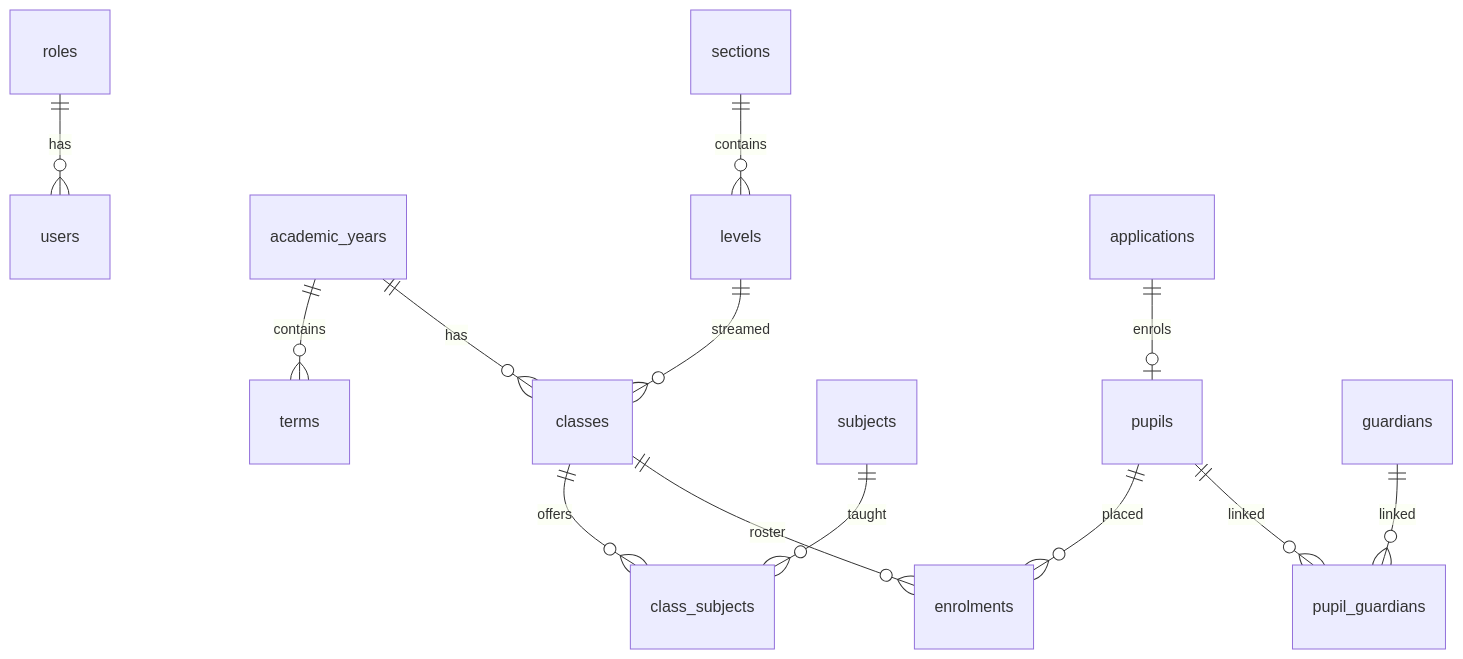
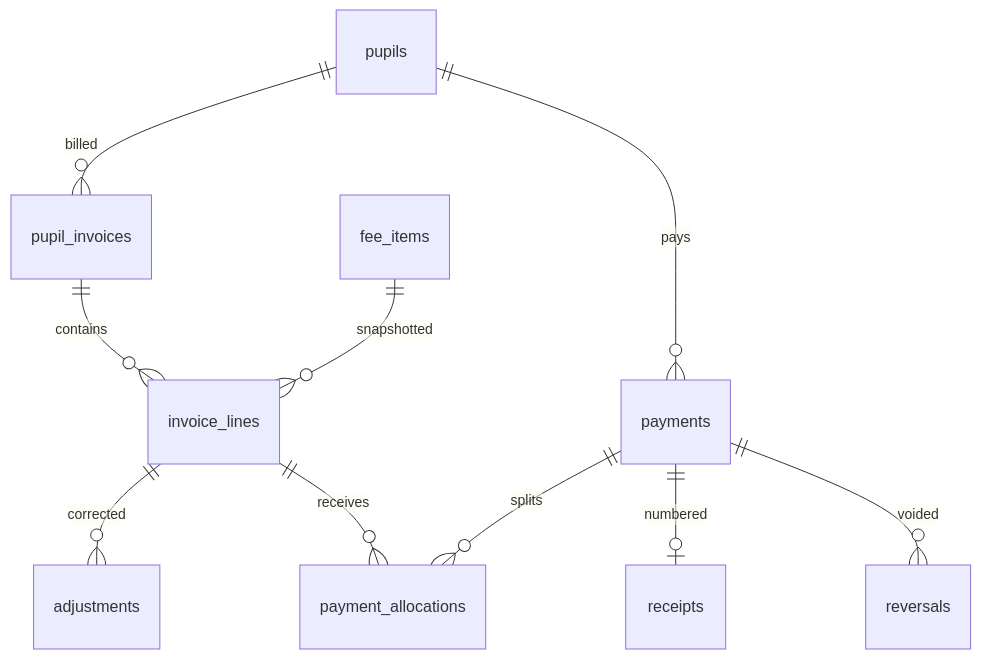
The diagram in docs/DATA_MODEL.md (arrey-johnson/school-management-system), drawn with Mermaid before and after one commit. The commit also changed other lines of this file and 23 other files, not shown here.

Commit message:
feat: add fee ledgers, payments, receipts, and maker-checker reversals

````diff
--- a/docs/DATA_MODEL.md
+++ b/docs/DATA_MODEL.md
@@ -7,15 +5,12 @@
 ```mermaid
 erDiagram
-  roles ||--o{ users : has
-  academic_years ||--o{ terms : contains
-  academic_years ||--o{ classes : has
-  sections ||--o{ levels : contains
-  levels ||--o{ classes : streamed
-  classes ||--o{ class_subjects : offers
-  subjects ||--o{ class_subjects : taught
-  applications ||--o| pupils : enrols
-  pupils ||--o{ enrolments : placed
-  classes ||--o{ enrolments : roster
-  pupils ||--o{ pupil_guardians : linked
-  guardians ||--o{ pupil_guardians : linked
+  pupils ||--o{ pupil_invoices : billed
+  pupil_invoices ||--o{ invoice_lines : contains
+  fee_items ||--o{ invoice_lines : snapshotted
+  invoice_lines ||--o{ adjustments : corrected
+  pupils ||--o{ payments : pays
+  payments ||--o{ payment_allocations : splits
+  invoice_lines ||--o{ payment_allocations : receives
+  payments ||--o| receipts : numbered
+  payments ||--o{ reversals : voided
 ```
````
